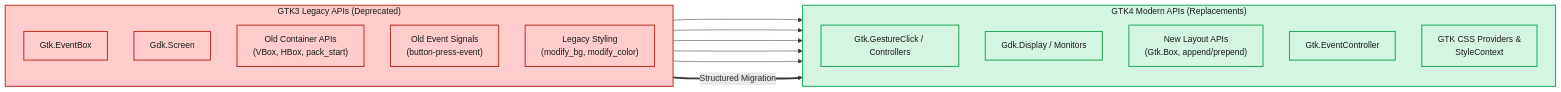
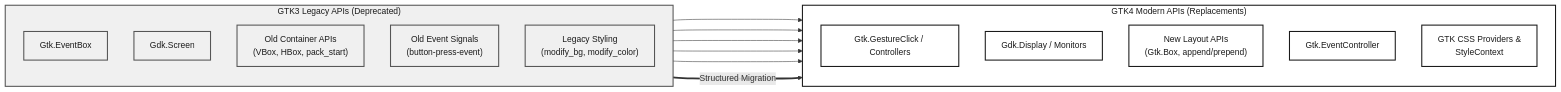
One commit to Dev10-sys/sugar-proposal-gtk changed the third of 9 diagrams in proposal.md. Above: the diagram before and after it, drawn with Mermaid. The commit also changed other lines of this file, not shown here.

Commit message:
Revise proposal: clean diagrams, linkable TOC, content fixes

````diff
--- a/proposal.md
+++ b/proposal.md
@@ -233,38 +268,38 @@
 ```mermaid
 flowchart LR
     %% Deprecated Components
     subgraph Legacy ["GTK3 Legacy APIs (Deprecated)"]
         direction TB
         EventBox["Gtk.EventBox"]
         GdkScreen["Gdk.Screen"]
         ContainerAPI["Old Container APIs\n(VBox, HBox, pack_start)"]
         OldSignals["Old Event Signals\n(button-press-event)"]
         ModifyBG["Legacy Styling\n(modify_bg, modify_color)"]
     end
 
     %% Modern Equivalents
     subgraph Modern ["GTK4 Modern APIs (Replacements)"]
         direction TB
         GestureController["Gtk.GestureClick / Controllers"]
         GdkDisplay["Gdk.Display / Monitors"]
         NewLayoutAPI["New Layout APIs\n(Gtk.Box, append/prepend)"]
         EventControllers["Gtk.EventController"]
         CSSStyling["GTK CSS Providers &\nStyleContext"]
     end
 
     %% Mapping connections
     Legacy ===>|Structured Migration| Modern
 
     EventBox --> GestureController
     GdkScreen --> GdkDisplay
     ContainerAPI --> NewLayoutAPI
     OldSignals --> EventControllers
     ModifyBG --> CSSStyling
 
     %% Styling
-    classDef legacy fill:#ffcccc,stroke:#c0392b,stroke-width:2px,color:#1a1a1a;
-    classDef modern fill:#d5f5e3,stroke:#27ae60,stroke-width:2px,color:#1a1a1a;
+    classDef legacy fill:#f0f0f0,stroke:#555,stroke-width:2px,color:#1a1a1a;
+    classDef modern fill:#fff,stroke:#1a1a1a,stroke-width:2px,color:#1a1a1a;
 
     class Legacy,EventBox,GdkScreen,ContainerAPI,OldSignals,ModifyBG legacy;
     class Modern,GestureController,GdkDisplay,NewLayoutAPI,EventControllers,CSSStyling modern;
 ```
````
